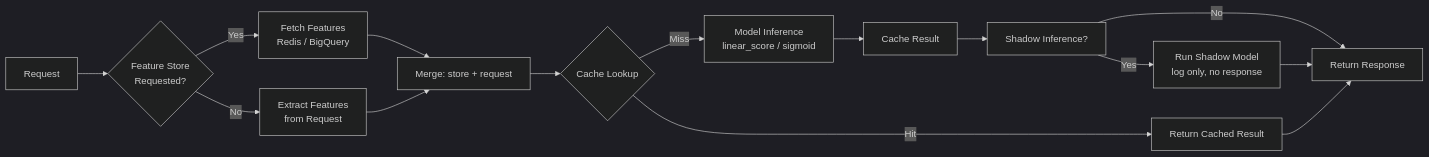
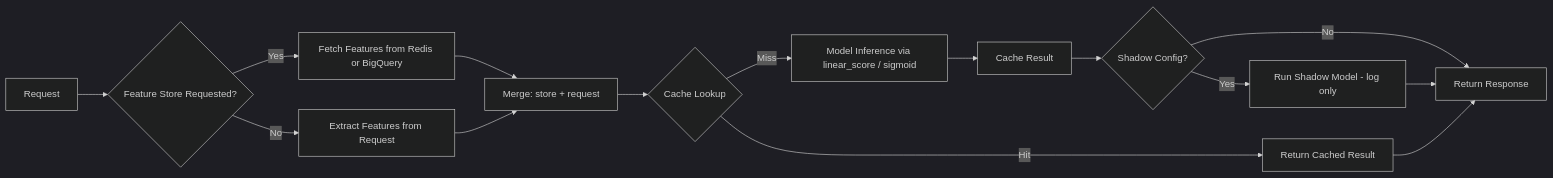
The fourth of 8 diagrams in services/ai-inference-service/README.md (sunitakeazycommerz-a11y/InstaCommerce), drawn with Mermaid (dark theme) before and after one commit. The commit also changed other lines of this file, not shown here.

Commit message:
docs(ai): deepen ai inference guide

````diff
--- a/services/ai-inference-service/README.md
+++ b/services/ai-inference-service/README.md
@@ -149,17 +279,17 @@
 ```mermaid
-graph LR
-    A[Request] --> B{Feature Store<br/>Requested?}
-    B -->|Yes| C[Fetch Features<br/>Redis / BigQuery]
-    B -->|No| D[Extract Features<br/>from Request]
+flowchart LR
+    A[Request] --> B{Feature Store Requested?}
+    B -->|Yes| C[Fetch Features from Redis or BigQuery]
+    B -->|No| D[Extract Features from Request]
     C --> E[Merge: store + request]
     D --> E
     E --> F{Cache Lookup}
     F -->|Hit| G[Return Cached Result]
-    F -->|Miss| H[Model Inference<br/>linear_score / sigmoid]
+    F -->|Miss| H[Model Inference via linear_score / sigmoid]
     H --> I[Cache Result]
-    I --> J[Shadow Inference?]
-    J -->|Yes| K[Run Shadow Model<br/>log only, no response]
+    I --> J{Shadow Config?}
+    J -->|Yes| K[Run Shadow Model - log only]
     J -->|No| L[Return Response]
     K --> L
     G --> L
 ```
````
